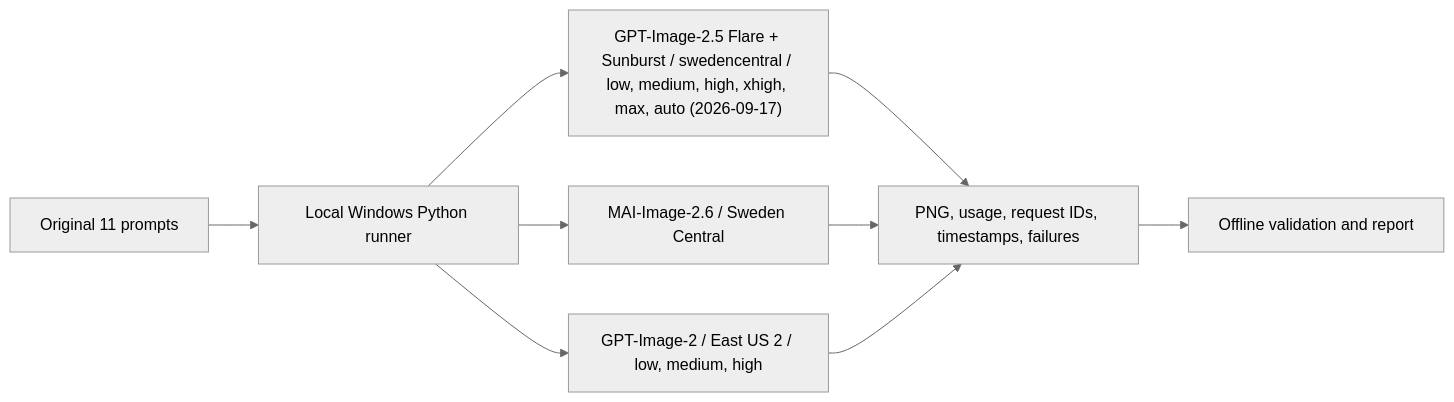
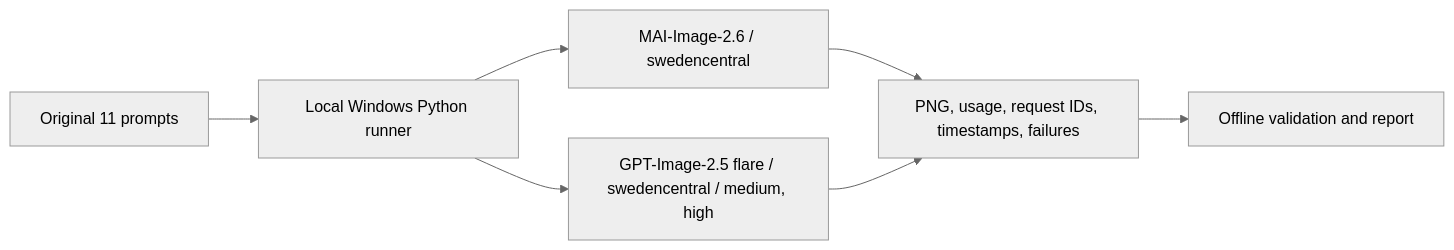
Before and after one commit to david-xinyuwei/david-share: the diagram in Multimodal-Models/MAI-Image-2-vs-GPT-Image-Benchmark/README-CN.md, drawn with Mermaid (neutral theme). The commit also changed other lines of this file and 21 other files, not shown here.

````diff
--- a/Multimodal-Models/MAI-Image-2-vs-GPT-Image-Benchmark/README-CN.md
+++ b/Multimodal-Models/MAI-Image-2-vs-GPT-Image-Benchmark/README-CN.md
@@ -488,11 +434,9 @@
 ```mermaid
 flowchart LR
     prompts["Original 11 prompts"] --> runner["Local Windows Python runner"]
-    runner --> mai["MAI-Image-2.6 / Sweden Central"]
-    runner --> gpt["GPT-Image-2 / East US 2 / low, medium, high"]
-    runner --> gpt25["GPT-Image-2.5 Flare + Sunburst / swedencentral / low, medium, high, xhigh, max, auto (2026-09-17)"]
-    gpt25 --> evidence
+    runner --> mai["MAI-Image-2.6 / swedencentral"]
+    runner --> gpt["GPT-Image-2.5 flare / swedencentral / medium, high"]
     mai --> evidence["PNG, usage, request IDs, timestamps, failures"]
     gpt --> evidence
     evidence --> summary["Offline validation and report"]
 ```
````
